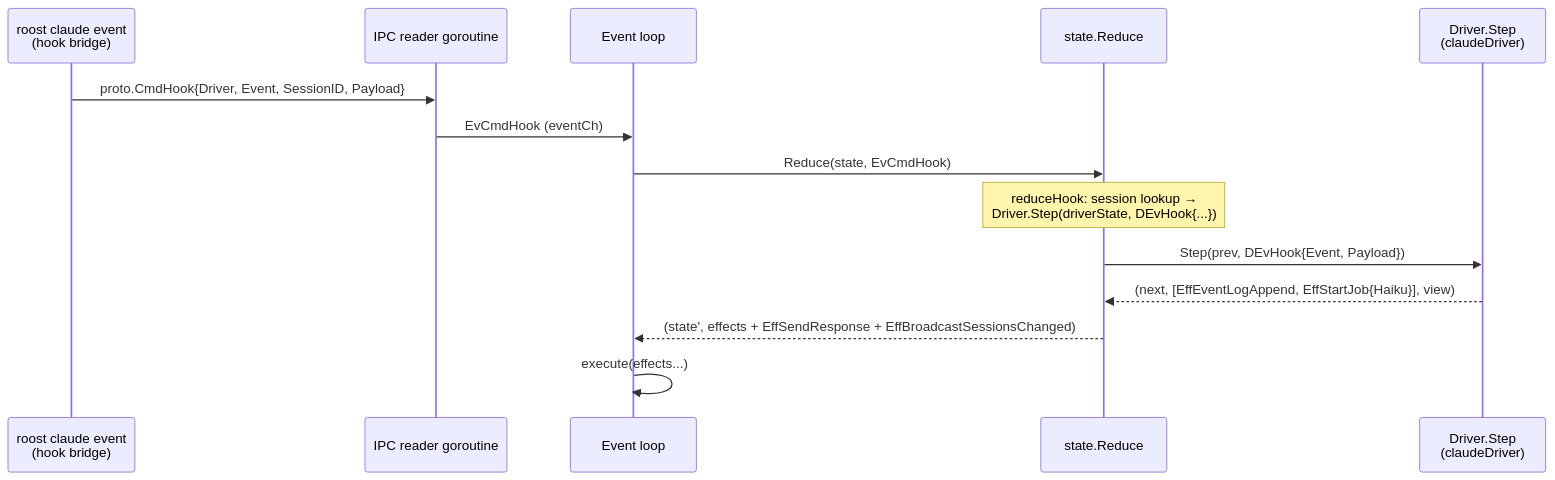
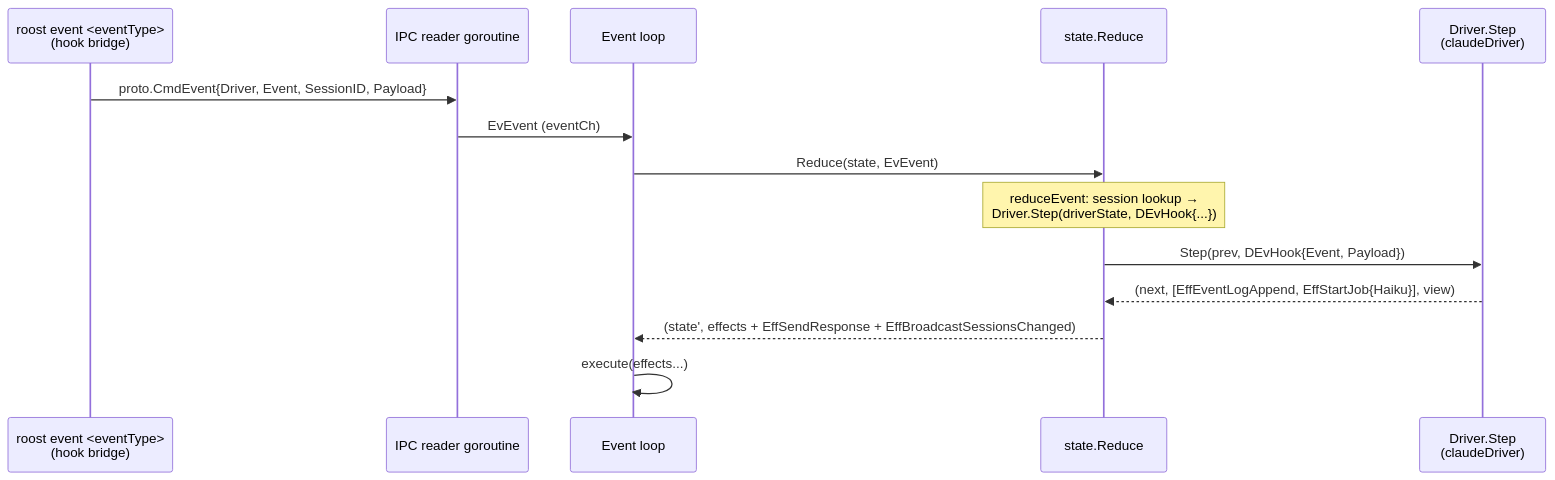
Before and after one commit to takezoh/agent-roost: the sixth of 6 diagrams in docs/ipc.md, drawn with Mermaid. The commit also changed 40 other files, not shown here.

First line of the commit message:
Unify IPC event system with CmdEvent and generic RegisterEvent dispatch

````diff
--- a/docs/ipc.md
+++ b/docs/ipc.md
@@ -219,17 +219,17 @@
 ```mermaid
 sequenceDiagram
-    participant Bridge as roost claude event<br/>(hook bridge)
+    participant Bridge as roost event <eventType><br/>(hook bridge)
     participant Reader as IPC reader goroutine
     participant EL as Event loop
     participant Red as state.Reduce
     participant Drv as Driver.Step<br/>(claudeDriver)
 
-    Bridge->>Reader: proto.CmdHook{Driver, Event, SessionID, Payload}
-    Reader->>EL: EvCmdHook (eventCh)
-    EL->>Red: Reduce(state, EvCmdHook)
-    Note over Red: reduceHook: session lookup →<br/>Driver.Step(driverState, DEvHook{...})
+    Bridge->>Reader: proto.CmdEvent{Driver, Event, SessionID, Payload}
+    Reader->>EL: EvEvent (eventCh)
+    EL->>Red: Reduce(state, EvEvent)
+    Note over Red: reduceEvent: session lookup →<br/>Driver.Step(driverState, DEvHook{...})
     Red->>Drv: Step(prev, DEvHook{Event, Payload})
     Drv-->>Red: (next, [EffEventLogAppend, EffStartJob{Haiku}], view)
     Red-->>EL: (state', effects + EffSendResponse + EffBroadcastSessionsChanged)
     EL->>EL: execute(effects...)
 ```
````
